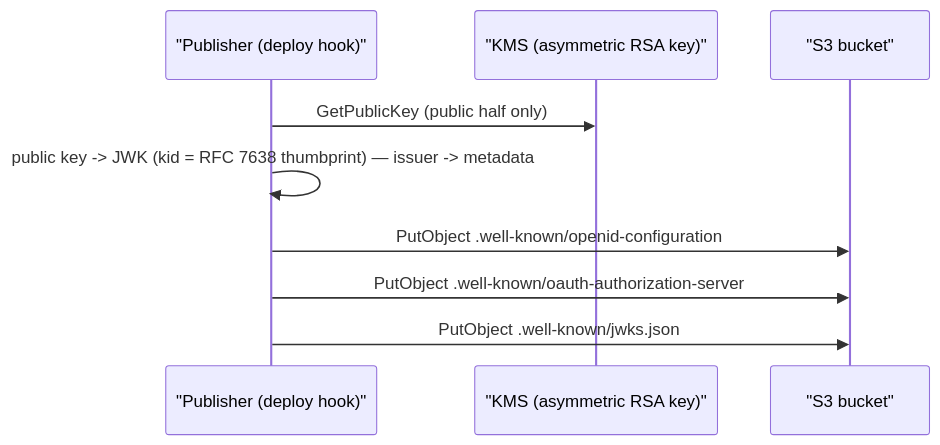
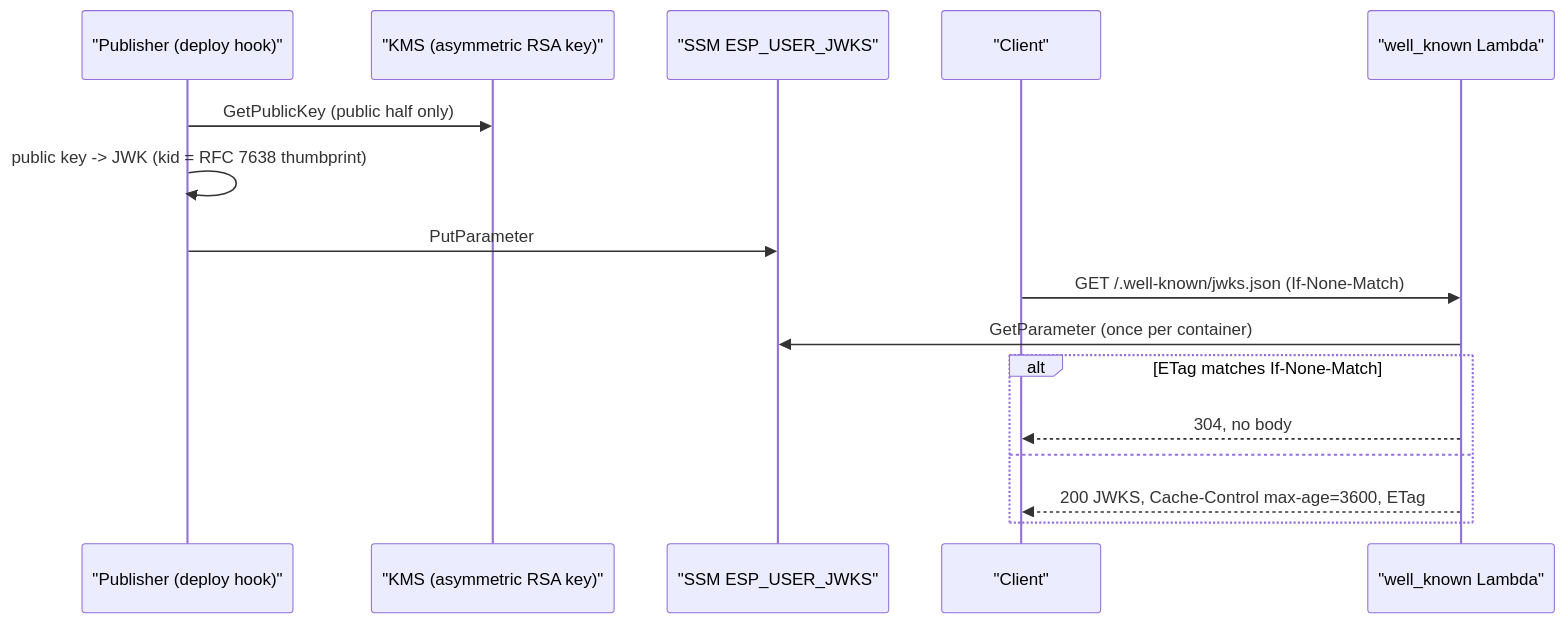
The diagram in src/espuser/docs/specs/oidc-oauth2.md (espressif/esp-rainmaker-neo), drawn with Mermaid before and after one commit. The commit also changed other lines of this file and 14 other files, not shown here.

````diff
--- a/src/espuser/docs/specs/oidc-oauth2.md
+++ b/src/espuser/docs/specs/oidc-oauth2.md
@@ -95,12 +118,19 @@
 ```mermaid
 sequenceDiagram
     participant Pub as "Publisher (deploy hook)"
     participant KMS as "KMS (asymmetric RSA key)"
-    participant S3 as "S3 bucket"
+    participant SSM as "SSM ESP_USER_JWKS"
+    participant Client as "Client"
+    participant WK as "well_known Lambda"
 
     Pub->>KMS: GetPublicKey (public half only)
-    Pub->>Pub: public key -> JWK (kid = RFC 7638 thumbprint) — issuer -> metadata
-    Pub->>S3: PutObject .well-known/openid-configuration
-    Pub->>S3: PutObject .well-known/oauth-authorization-server
-    Pub->>S3: PutObject .well-known/jwks.json
+    Pub->>Pub: public key -> JWK (kid = RFC 7638 thumbprint)
+    Pub->>SSM: PutParameter
+    Client->>WK: GET /.well-known/jwks.json (If-None-Match)
+    WK->>SSM: GetParameter (once per container)
+    alt ETag matches If-None-Match
+        WK-->>Client: 304, no body
+    else
+        WK-->>Client: 200 JWKS, Cache-Control max-age=3600, ETag
+    end
 ```
````
